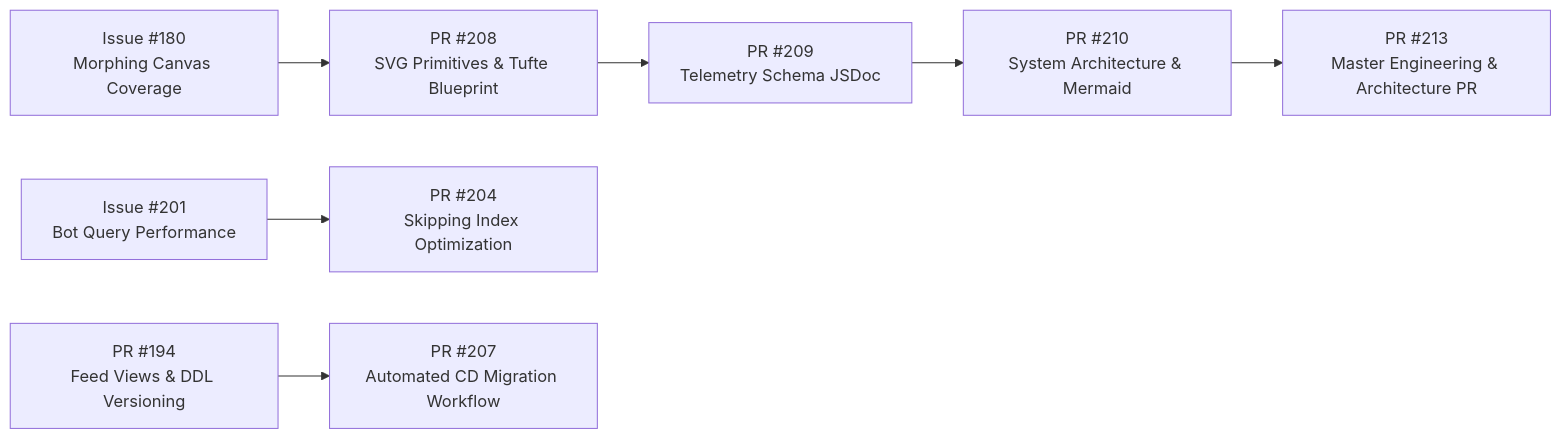
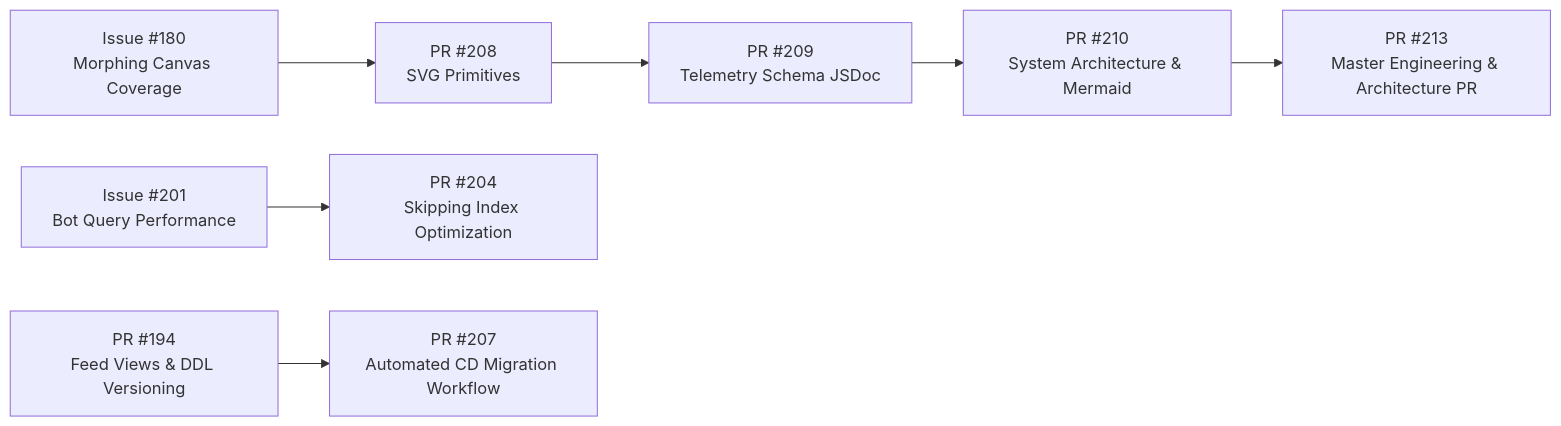
One commit to victoremnm/attention-terminal changed the diagram in docs/METHODOLOGY.md. Above: the diagram before and after it, drawn with Mermaid. The commit also changed other lines of this file and 3 other files, not shown here.

````diff
--- a/docs/METHODOLOGY.md
+++ b/docs/METHODOLOGY.md
@@ -44,9 +46,9 @@
 ```mermaid
 graph LR
-    ISSUE180["Issue #180\nMorphing Canvas Coverage"] --> PR208["PR #208\nSVG Primitives & Tufte Blueprint"]
-    ISSUE201["Issue #201\nBot Query Performance"] --> PR204["PR #204\nSkipping Index Optimization"]
-    PR194["PR #194\nFeed Views & DDL Versioning"] --> PR207["PR #207\nAutomated CD Migration Workflow"]
-    PR208 --> PR209["PR #209\nTelemetry Schema JSDoc"]
-    PR209 --> PR210["PR #210\nSystem Architecture & Mermaid"]
-    PR210 --> PR213["PR #213\nMaster Engineering & Architecture PR"]
+    ISSUE180["Issue #180<br/>Morphing Canvas Coverage"] --> PR208["PR #208<br/>SVG Primitives"]
+    ISSUE201["Issue #201<br/>Bot Query Performance"] --> PR204["PR #204<br/>Skipping Index Optimization"]
+    PR194["PR #194<br/>Feed Views & DDL Versioning"] --> PR207["PR #207<br/>Automated CD Migration Workflow"]
+    PR208 --> PR209["PR #209<br/>Telemetry Schema JSDoc"]
+    PR209 --> PR210["PR #210<br/>System Architecture & Mermaid"]
+    PR210 --> PR213["PR #213<br/>Master Engineering & Architecture PR"]
 ```
````
